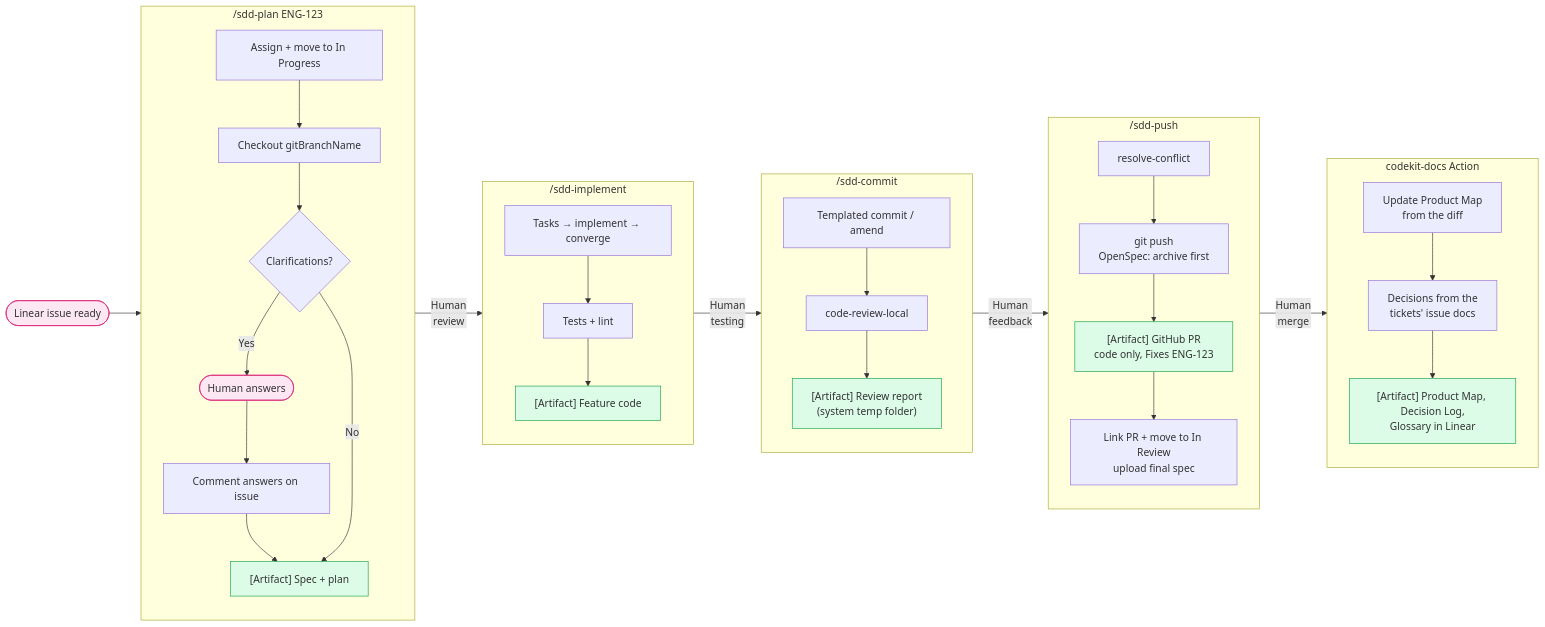
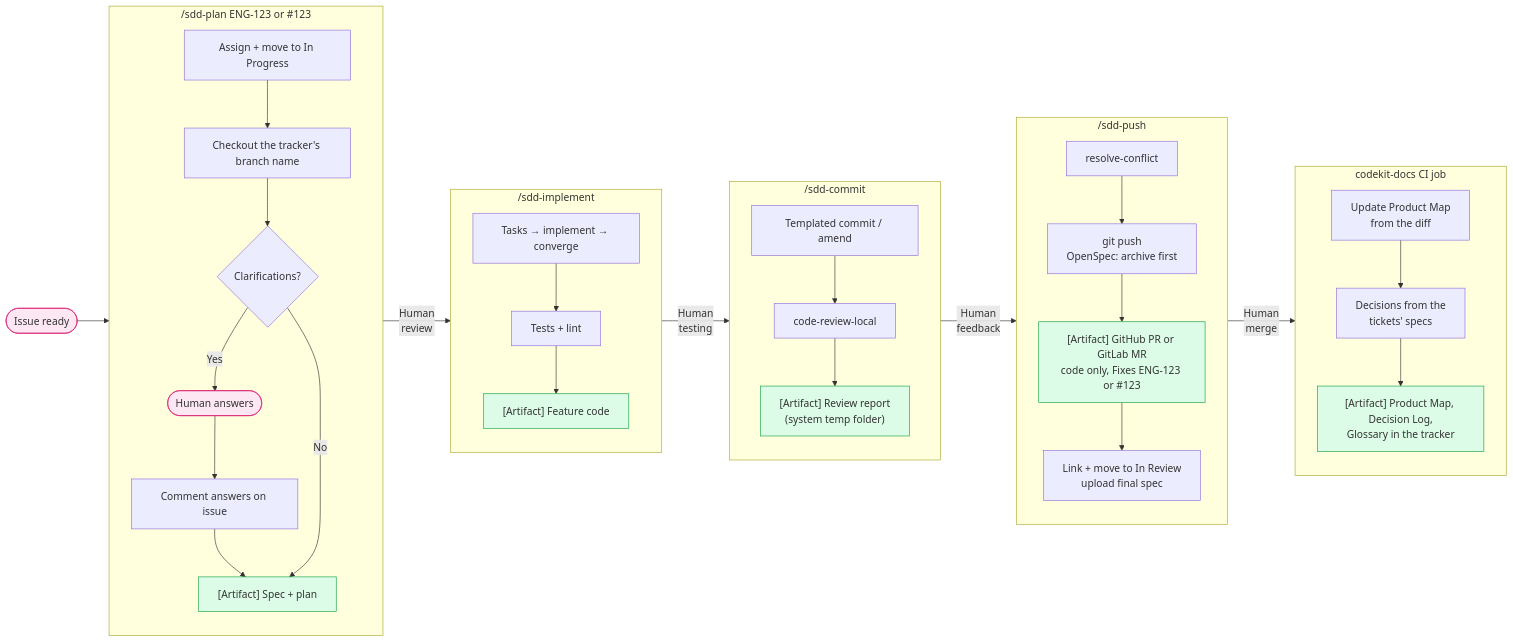
The first of 5 diagrams in docs/USAGE_FLOW.md (TheLampshady/codekit), drawn with Mermaid before and after one commit. The commit also changed other lines of this file and 46 other files, not shown here.

First line of the commit message:
[TASK] :: Add GitLab issues and merge requests alongside Linear, picked by codekit.tracker

````diff
--- a/docs/USAGE_FLOW.md
+++ b/docs/USAGE_FLOW.md
@@ -5,55 +5,55 @@
 ```mermaid
 flowchart LR
-    Start([Linear issue ready]) --> plan
+    Start([Issue ready]) --> plan
 
-    subgraph plan ["/sdd-plan ENG-123"]
+    subgraph plan ["/sdd-plan ENG-123 or #123"]
         direction TB
-        Pick[Assign + move to In Progress] --> Branch[Checkout gitBranchName]
+        Pick[Assign + move to In Progress] --> Branch[Checkout the tracker's branch name]
         Branch --> Clarify{Clarifications?}
         Clarify -- Yes --> Ask([Human answers])
         Ask --> Comment[Comment answers on issue]
         Comment --> Spec["[Artifact] Spec + plan"]
         Clarify -- No --> Spec
     end
 
     plan -- "Human<br/>review" --> impl
 
     subgraph impl ["/sdd-implement"]
         direction TB
         Tasks[Tasks → implement → converge] --> Validate[Tests + lint]
         Validate --> Code["[Artifact] Feature code"]
     end
 
     impl -- "Human<br/>testing" --> commit
 
     subgraph commit ["/sdd-commit"]
         direction TB
         Commit[Templated commit / amend] --> Review[code-review-local]
         Review --> Report["[Artifact] Review report<br/>(system temp folder)"]
     end
 
     commit -- "Human<br/>feedback" --> pr
 
     subgraph pr ["/sdd-push"]
         direction TB
         Rebase[resolve-conflict] --> Push[git push<br/>OpenSpec: archive first]
-        Push --> PR["[Artifact] GitHub PR<br/>code only, Fixes ENG-123"]
-        PR --> Linear[Link PR + move to In Review<br/>upload final spec]
+        Push --> PR["[Artifact] GitHub PR or GitLab MR<br/>code only, Fixes ENG-123 or #123"]
+        PR --> Ticket[Link + move to In Review<br/>upload final spec]
     end
 
     pr -- "Human<br/>merge" --> action
 
-    subgraph action ["codekit-docs Action"]
+    subgraph action ["codekit-docs CI job"]
         direction TB
-        Map[Update Product Map<br/>from the diff] --> Log[Decisions from the<br/>tickets' issue docs]
-        Log --> LDocs["[Artifact] Product Map, Decision Log,<br/>Glossary in Linear"]
+        Map[Update Product Map<br/>from the diff] --> Log[Decisions from the<br/>tickets' specs]
+        Log --> LDocs["[Artifact] Product Map, Decision Log,<br/>Glossary in the tracker"]
     end
 
     style Start fill:#fce7f3,stroke:#db2777
     style Ask fill:#fce7f3,stroke:#db2777
     style Spec fill:#dcfce7,stroke:#16a34a
     style Code fill:#dcfce7,stroke:#16a34a
     style Report fill:#dcfce7,stroke:#16a34a
     style PR fill:#dcfce7,stroke:#16a34a
     style LDocs fill:#dcfce7,stroke:#16a34a
 ```
````
